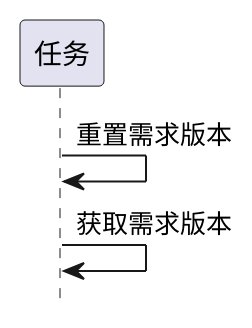
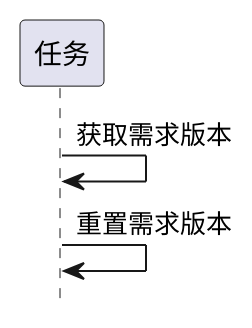
Before and after one commit to zj335841911/nt_chandao: the sixth of 16 diagrams in ibizpms-docs/src/main/doc/v1/module/zentao/Task_old.md, drawn with PlantUML. The commit also changed other lines of this file and 2125 other files, not shown here.

```diff
--- a/ibizpms-docs/src/main/doc/v1/module/zentao/Task_old.md
+++ b/ibizpms-docs/src/main/doc/v1/module/zentao/Task_old.md
@@ -402,6 +402,6 @@
 {% plantuml %}
 hide footbox
 
+任务 -> 任务: 获取需求版本
 任务 -> 任务: 重置需求版本
-任务 -> 任务: 获取需求版本
 {% endplantuml %}
```
